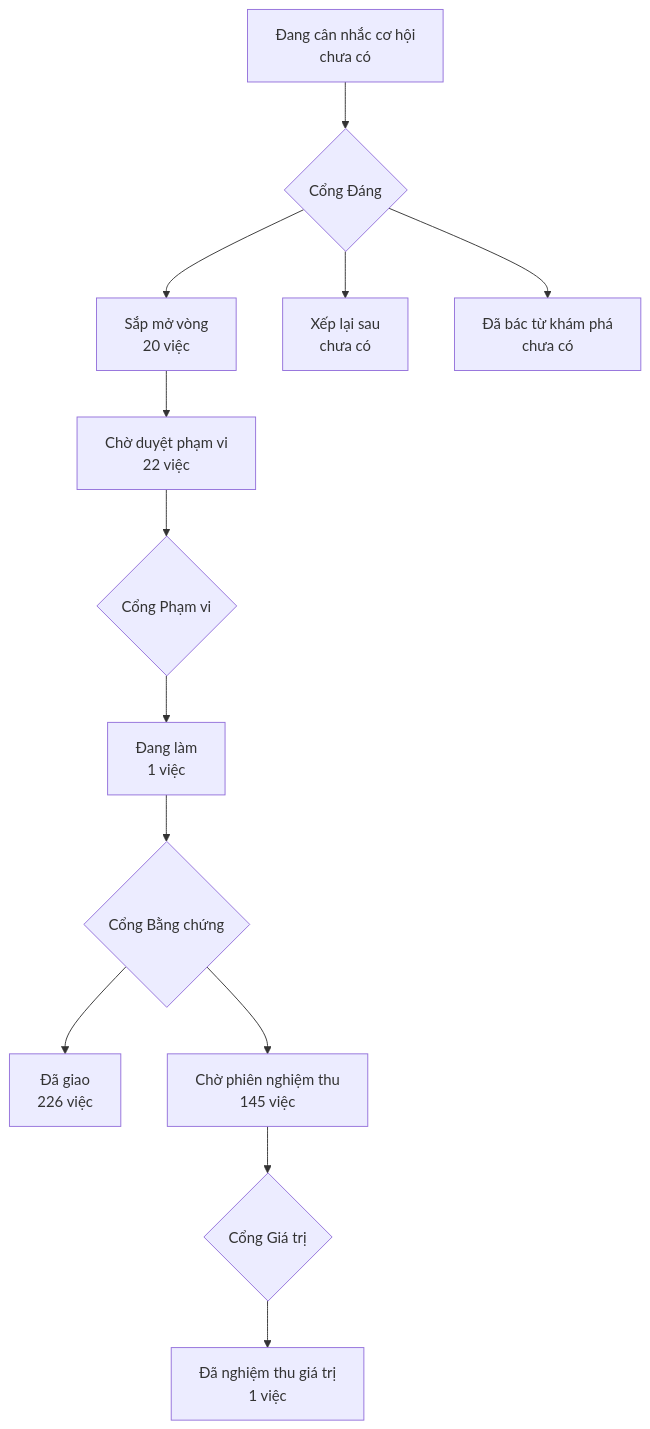
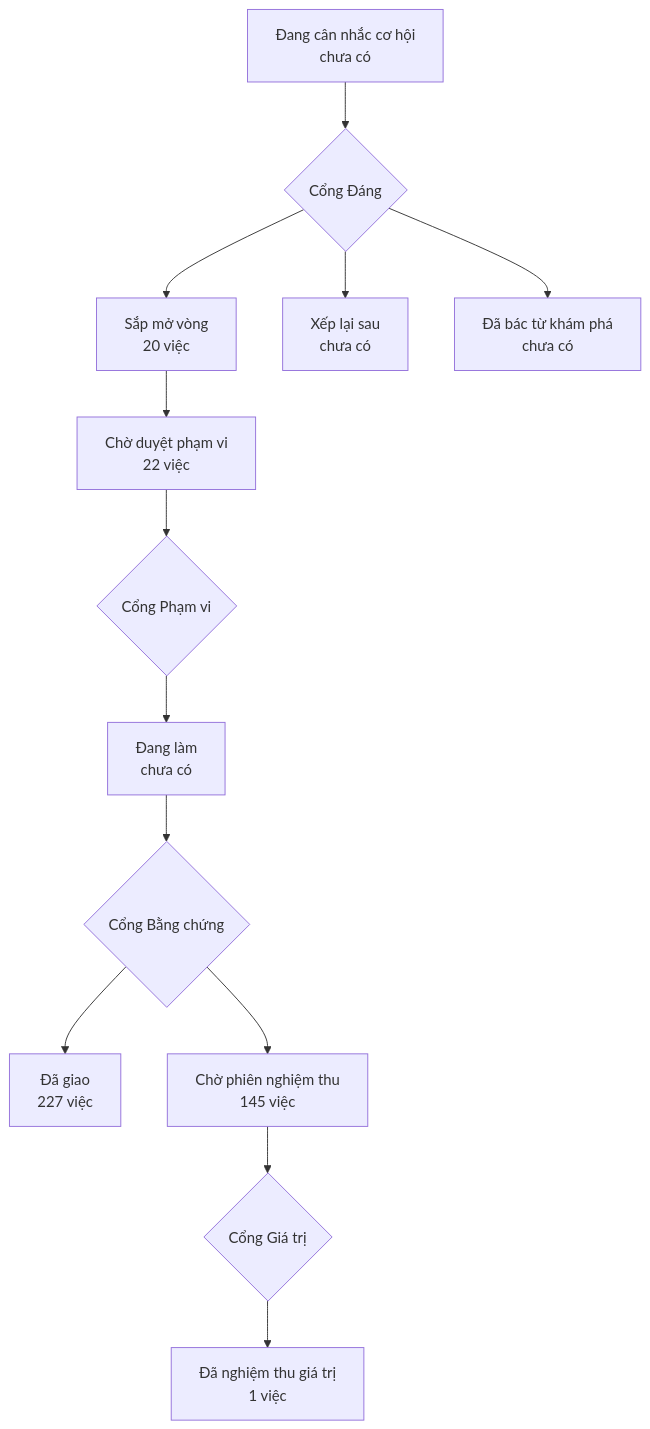
The diagram in PRODUCT-MAP.md (phanlemanh/onehub-invest), drawn with Mermaid before and after one commit. The commit also changed other lines of this file and 7 other files, not shown here.

````diff
--- a/PRODUCT-MAP.md
+++ b/PRODUCT-MAP.md
@@ -7,12 +7,12 @@
 ```mermaid
 flowchart TD
   A["Đang cân nhắc cơ hội<br/>chưa có"] --> GD{"Cổng Đáng"}
   GD --> B["Sắp mở vòng<br/>20 việc"]
   GD --> XL["Xếp lại sau<br/>chưa có"]
   GD --> DB["Đã bác từ khám phá<br/>chưa có"]
   B --> CD["Chờ duyệt phạm vi<br/>22 việc"] --> GP{"Cổng Phạm vi"}
-  GP --> DL["Đang làm<br/>1 việc"] --> GB{"Cổng Bằng chứng"}
-  GB --> DG["Đã giao<br/>226 việc"]
+  GP --> DL["Đang làm<br/>chưa có"] --> GB{"Cổng Bằng chứng"}
+  GB --> DG["Đã giao<br/>227 việc"]
   GB --> CN["Chờ phiên nghiệm thu<br/>145 việc"] --> GG{"Cổng Giá trị"}
   GG --> NT["Đã nghiệm thu giá trị<br/>1 việc"]
 ```
````
